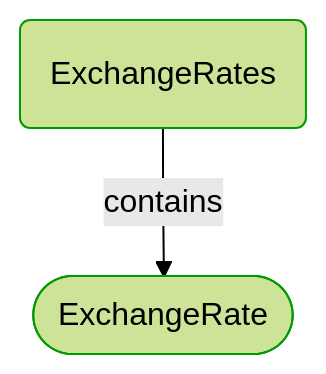
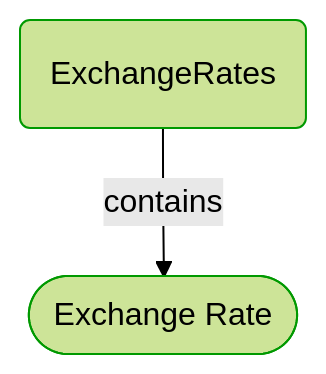
One commit to itlibrium/DDD-starter-dotnet changed the third of 5 diagrams in Docs/P3/MermaidOutput/Modules/Sales/ExchangeRates/ExchangeRates.md. Above: the diagram before and after it, drawn with Mermaid (forest theme). The commit also changed other lines of this file and 174 other files, not shown here.

````diff
--- a/Docs/P3/MermaidOutput/Modules/Sales/ExchangeRates/ExchangeRates.md
+++ b/Docs/P3/MermaidOutput/Modules/Sales/ExchangeRates/ExchangeRates.md
@@ -45,11 +48,11 @@
 ```mermaid
   flowchart TB
     0(ExchangeRates)
     class 0 DomainPerspective
-    1([ExchangeRate])
+    1([Exchange Rate])
     class 1 DomainPerspective
     0-->|contains|1
     classDef DomainPerspective stroke:#009900
     classDef TechnologyPerspective stroke:#1F41EB
     classDef PeoplePerspective stroke:#FFF014
 ```
````
